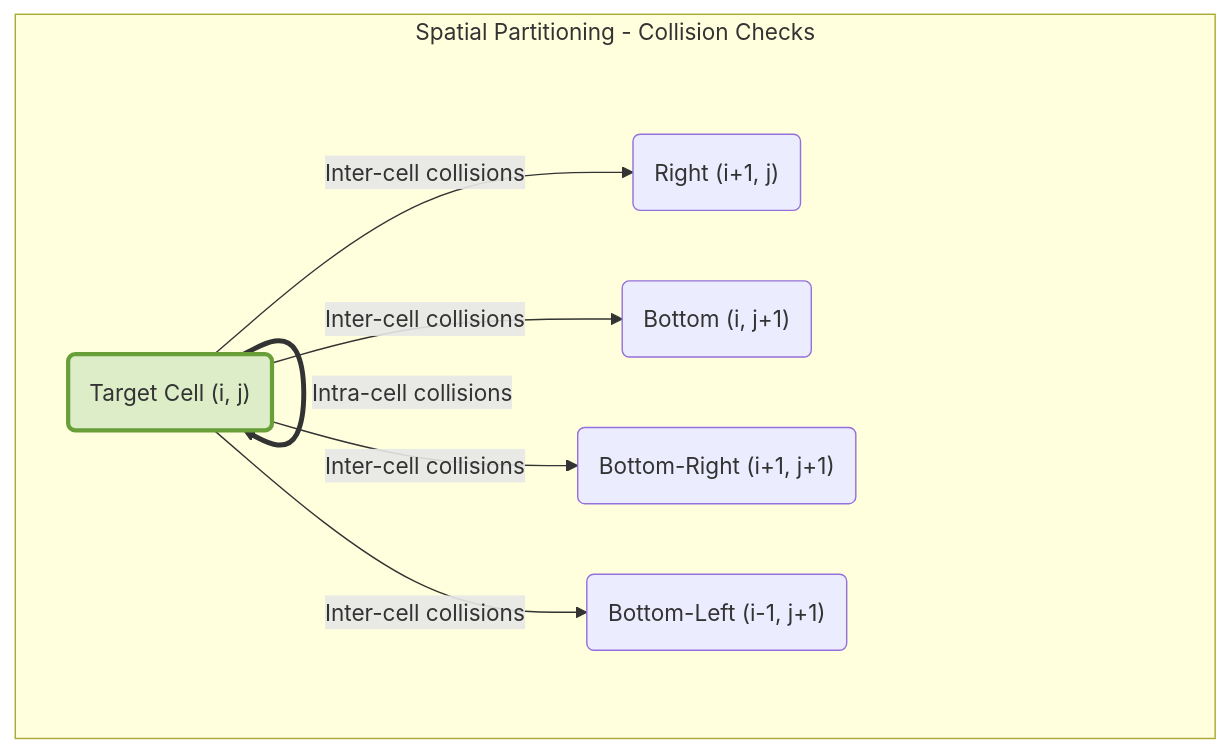
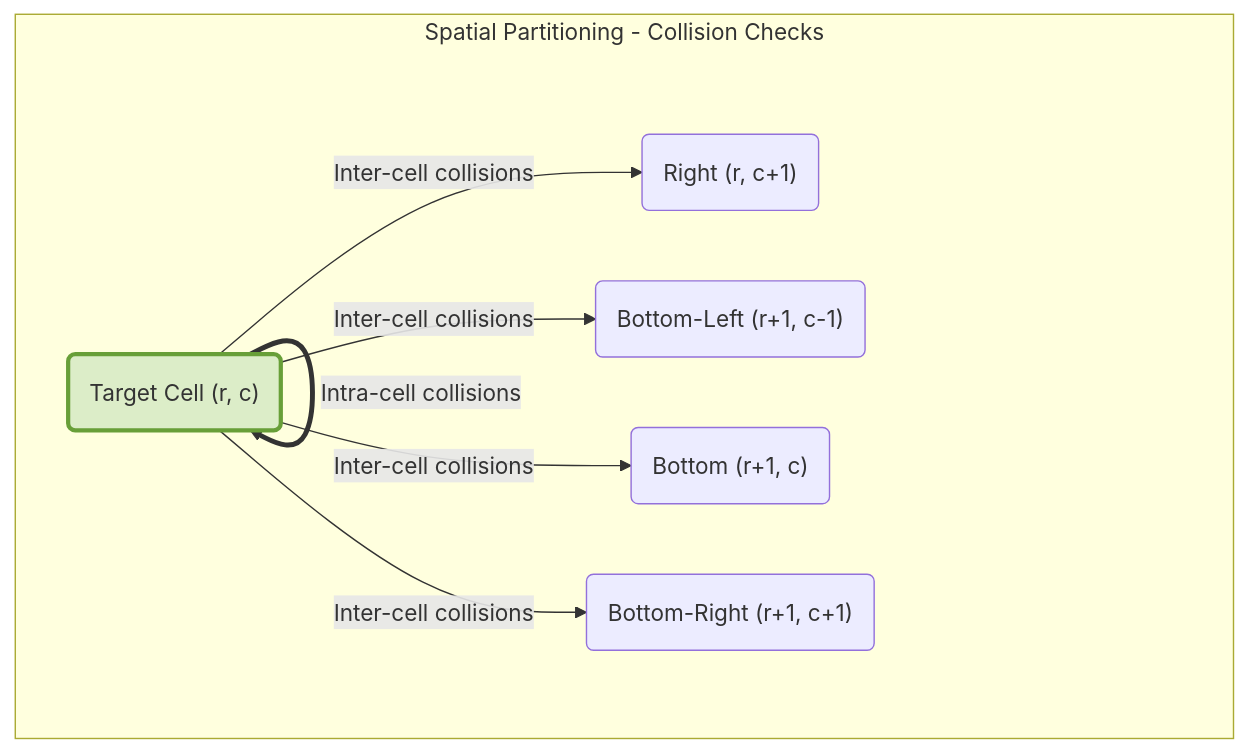
One commit to eduardalexandrut/concurrent-pool changed the fifth of 8 diagrams in docs/design.md. Above: the diagram before and after it, drawn with Mermaid. The commit also changed other lines of this file and 4 other files, not shown here.

````diff
--- a/docs/design.md
+++ b/docs/design.md
@@ -37,18 +255,18 @@
 ```mermaid
 graph TD
     subgraph Spatial Partitioning - Collision Checks
-        C("Target Cell (i, j)")
-        R("Right (i+1, j)")
-        B("Bottom (i, j+1)")
-        BR("Bottom-Right (i+1, j+1)")
-        BL("Bottom-Left (i-1, j+1)")
+        C("Target Cell (r, c)")
+        R("Right (r, c+1)")
+        BL("Bottom-Left (r+1, c-1)")
+        B("Bottom (r+1, c)")
+        BR("Bottom-Right (r+1, c+1)")
     end
 
     C == "Intra-cell collisions" ==> C
     C -- "Inter-cell collisions" --> R
+    C -- "Inter-cell collisions" --> BL
     C -- "Inter-cell collisions" --> B
     C -- "Inter-cell collisions" --> BR
-    C -- "Inter-cell collisions" --> BL
 
     style C fill:#dcedc8,stroke:#689f38,stroke-width:3px
 ```
````
